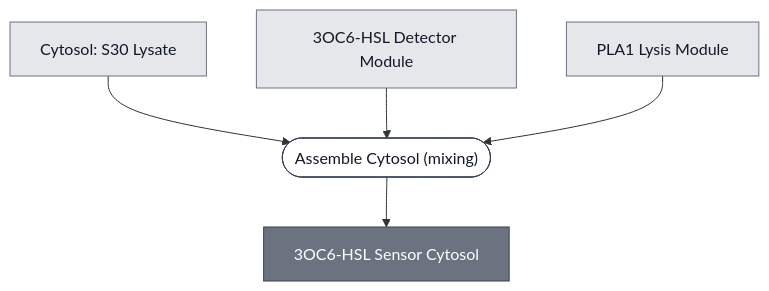
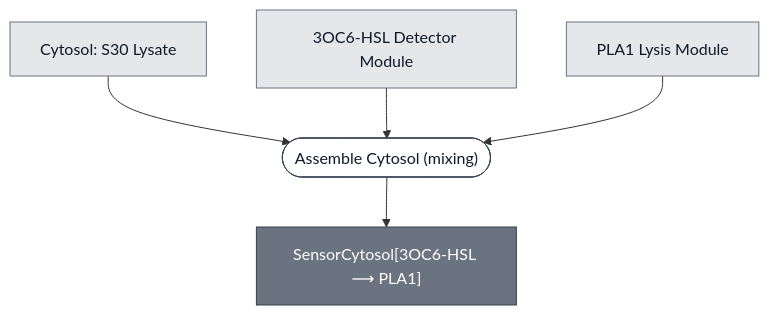
The diagram in docs/modules/ahsl-sensor-cytosol/spec.md (nucleus-eng/nucleus-docs), drawn with Mermaid before and after one commit. The commit also changed other lines of this file and 47 other files, not shown here.

````diff
--- a/docs/modules/ahsl-sensor-cytosol/spec.md
+++ b/docs/modules/ahsl-sensor-cytosol/spec.md
@@ -31,28 +31,28 @@
 ```mermaid
 flowchart TD
     S30_LYSATE["Cytosol: S30 Lysate"]
     DETECTOR_3OC6_HSL["3OC6-HSL Detector Module"]
     EFFECTOR_PLA1["PLA1 Lysis Module"]
 
     P1_ASSEMBLE_CYTOSOL_0(["Assemble Cytosol (mixing)"])
-    AHSL_SENSOR_CYTOSOL["3OC6-HSL Sensor Cytosol"]
+    AHSL_SENSOR_CYTOSOL["SensorCytosol[3OC6-HSL ⟶ PLA1]"]
 
     S30_LYSATE --> P1_ASSEMBLE_CYTOSOL_0
     DETECTOR_3OC6_HSL --> P1_ASSEMBLE_CYTOSOL_0
     EFFECTOR_PLA1 --> P1_ASSEMBLE_CYTOSOL_0
     P1_ASSEMBLE_CYTOSOL_0 --> AHSL_SENSOR_CYTOSOL
 
 
     classDef leaf     fill:#e5e7eb,stroke:#6b7280,color:#111827;
     classDef composed fill:#6b7280,stroke:#374151,color:#ffffff;
     classDef process  fill:#ffffff,stroke:#374151,color:#111827;
     class S30_LYSATE,DETECTOR_3OC6_HSL,EFFECTOR_PLA1 leaf;
     class AHSL_SENSOR_CYTOSOL composed;
     class P1_ASSEMBLE_CYTOSOL_0 process;
 
     click S30_LYSATE "/docs/modules/s30-lysate/spec"
     click DETECTOR_3OC6_HSL "/docs/modules/detector-3oc6-hsl/spec"
     click EFFECTOR_PLA1 "/docs/modules/effector-pla1/spec"
     click P1_ASSEMBLE_CYTOSOL_0 "/docs/processes/assemble-cytosol/assemble-cytosol-main"
     click AHSL_SENSOR_CYTOSOL "/docs/modules/ahsl-sensor-cytosol/spec"
 ```
````
